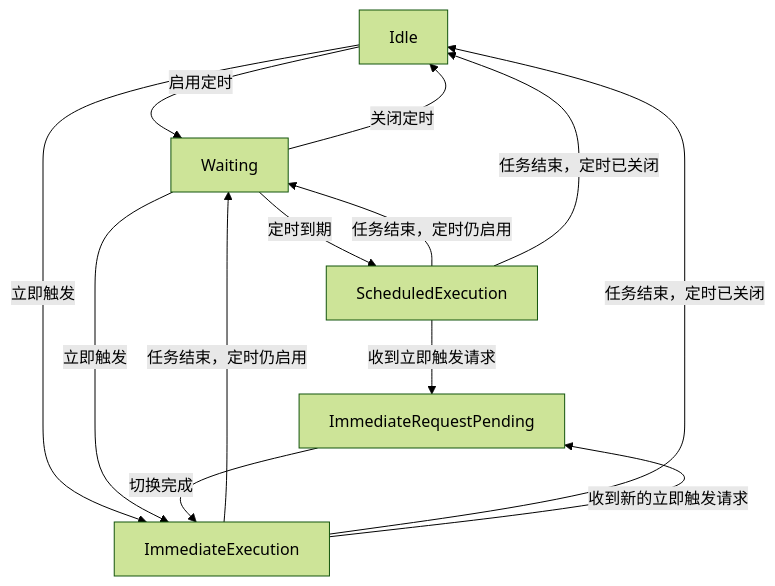
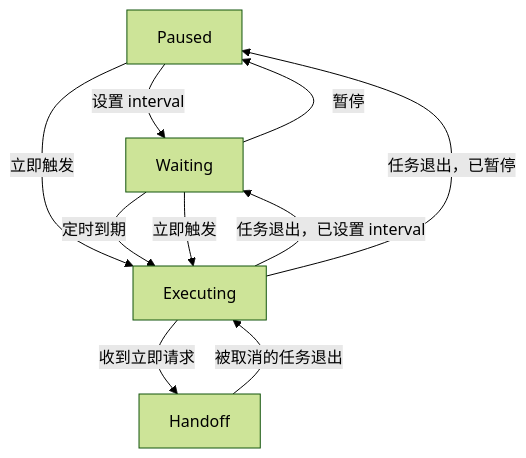
One commit to shensven/swift-sequential-executor changed the first of 2 diagrams in README-zh-CN.md. Above: the diagram before and after it, drawn with Mermaid (forest theme). The commit also changed other lines of this file and 2 other files, not shown here.

````diff
--- a/README-zh-CN.md
+++ b/README-zh-CN.md
@@ -205,25 +235,20 @@
 ```mermaid
 flowchart TD
-    Idle["Idle"]
+    Paused["Paused"]
     Waiting["Waiting"]
-    ScheduledExecution["ScheduledExecution"]
-    ImmediateRequestPending["ImmediateRequestPending"]
-    ImmediateExecution["ImmediateExecution"]
+    Executing["Executing"]
+    Handoff["Handoff"]
 
-    Idle -->|启用定时| Waiting
-    Idle -->|立即触发| ImmediateExecution
+    Paused -->|设置 interval| Waiting
+    Paused -->|立即触发| Executing
 
-    Waiting -->|定时到期| ScheduledExecution
-    Waiting -->|立即触发| ImmediateExecution
-    Waiting -->|关闭定时| Idle
+    Waiting -->|定时到期| Executing
+    Waiting -->|立即触发| Executing
+    Waiting -->|暂停| Paused
 
-    ScheduledExecution -->|任务结束，定时仍启用| Waiting
-    ScheduledExecution -->|任务结束，定时已关闭| Idle
-    ScheduledExecution -->|收到立即触发请求| ImmediateRequestPending
+    Executing -->|任务退出，已设置 interval| Waiting
+    Executing -->|任务退出，已暂停| Paused
+    Executing -->|收到立即请求| Handoff
 
-    ImmediateRequestPending -->|切换完成| ImmediateExecution
-
-    ImmediateExecution -->|任务结束，定时仍启用| Waiting
-    ImmediateExecution -->|任务结束，定时已关闭| Idle
-    ImmediateExecution -->|收到新的立即触发请求| ImmediateRequestPending
+    Handoff -->|被取消的任务退出| Executing
 ```
````
